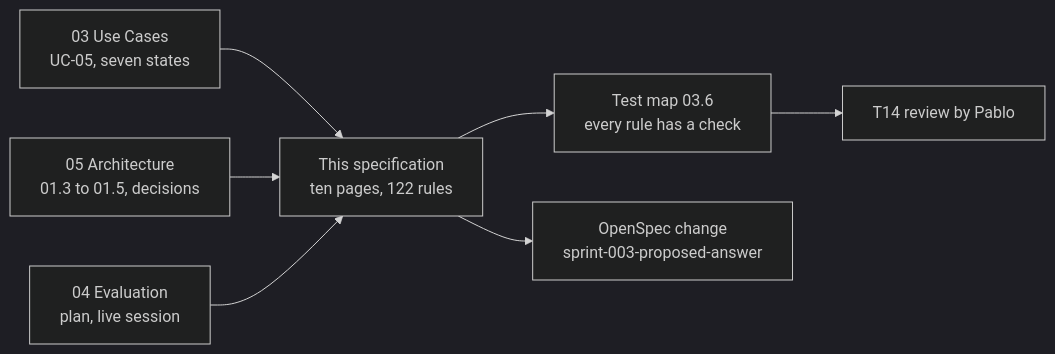
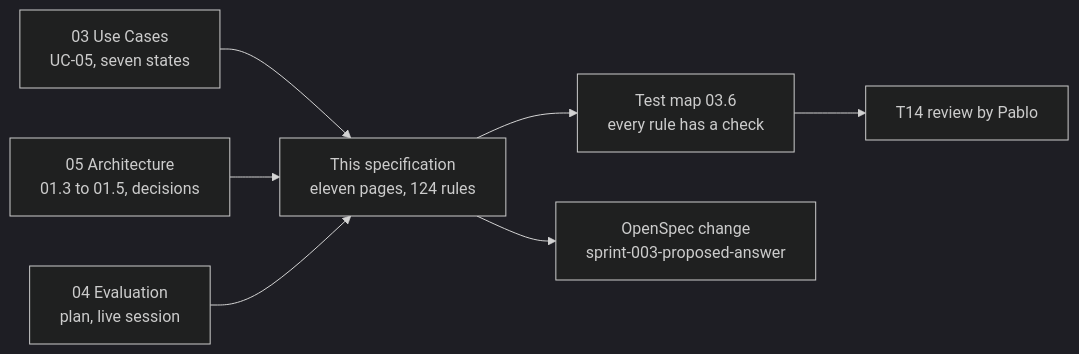
Before and after one commit to Elustondo-ai/alice.good.meetings: the diagram in docs/asdg/08-low-level-design/03.5-sprint-003-specification.md, drawn with Mermaid (dark theme). The commit also changed other lines of this file and 61 other files, not shown here.

````diff
--- a/docs/asdg/08-low-level-design/03.5-sprint-003-specification.md
+++ b/docs/asdg/08-low-level-design/03.5-sprint-003-specification.md
@@ -5,9 +5,9 @@
 ```mermaid
 flowchart LR
-    U["03 Use Cases<br/>UC-05, seven states"] --> SP["This specification<br/>ten pages, 122 rules"]
+    U["03 Use Cases<br/>UC-05, seven states"] --> SP["This specification<br/>eleven pages, 124 rules"]
     A["05 Architecture<br/>01.3 to 01.5, decisions"] --> SP
     E["04 Evaluation<br/>plan, live session"] --> SP
     SP --> M["Test map 03.6<br/>every rule has a check"]
     SP --> O["OpenSpec change<br/>sprint-003-proposed-answer"]
     M --> R["T14 review by Pablo"]
 ```
````
